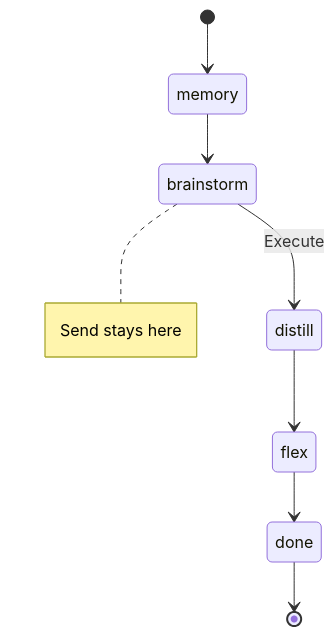
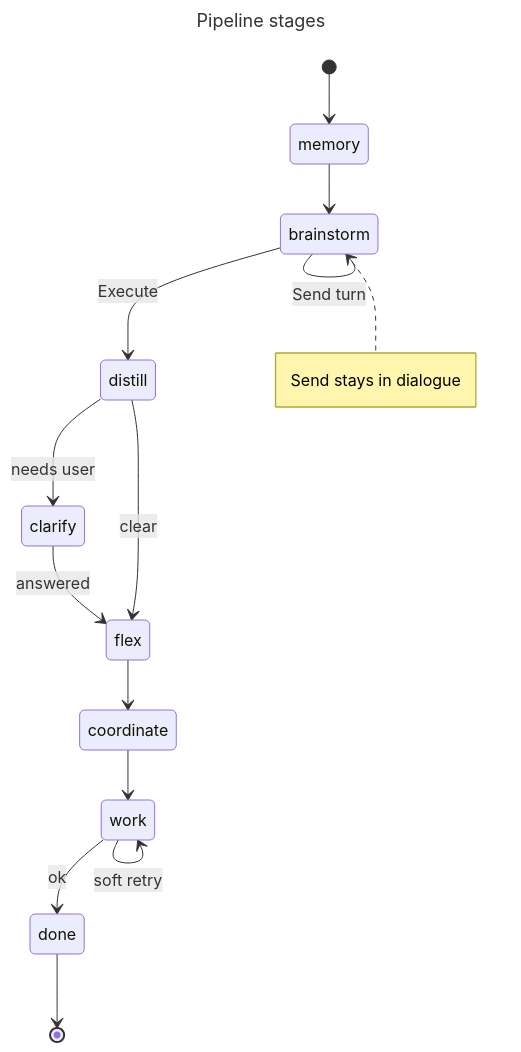
One commit to landjunge/gnom-hub-v1 changed the third of 4 diagrams in docs/MERMAID.md. Above: the diagram before and after it, drawn with Mermaid. The commit also changed other lines of this file and 2 other files, not shown here.

First line of the commit message:
docs: full Mermaid syntax reference (flowchart, state, sequence)

````diff
--- a/docs/MERMAID.md
+++ b/docs/MERMAID.md
@@ -277,10 +214,22 @@
 ```mermaid
+---
+title: Pipeline stages
+---
 stateDiagram-v2
   [*] --> memory
   memory --> brainstorm
   brainstorm --> distill: Execute
-  distill --> flex
-  flex --> done
+  brainstorm --> brainstorm: Send turn
+  distill --> clarify: needs user
+  distill --> flex: clear
+  clarify --> flex: answered
+  flex --> coordinate
+  coordinate --> work
+  work --> done: ok
+  work --> work: soft retry
   done --> [*]
-  note right of brainstorm: Send stays here
+
+  note right of brainstorm
+    Send stays in dialogue
+  end note
 ```
````
